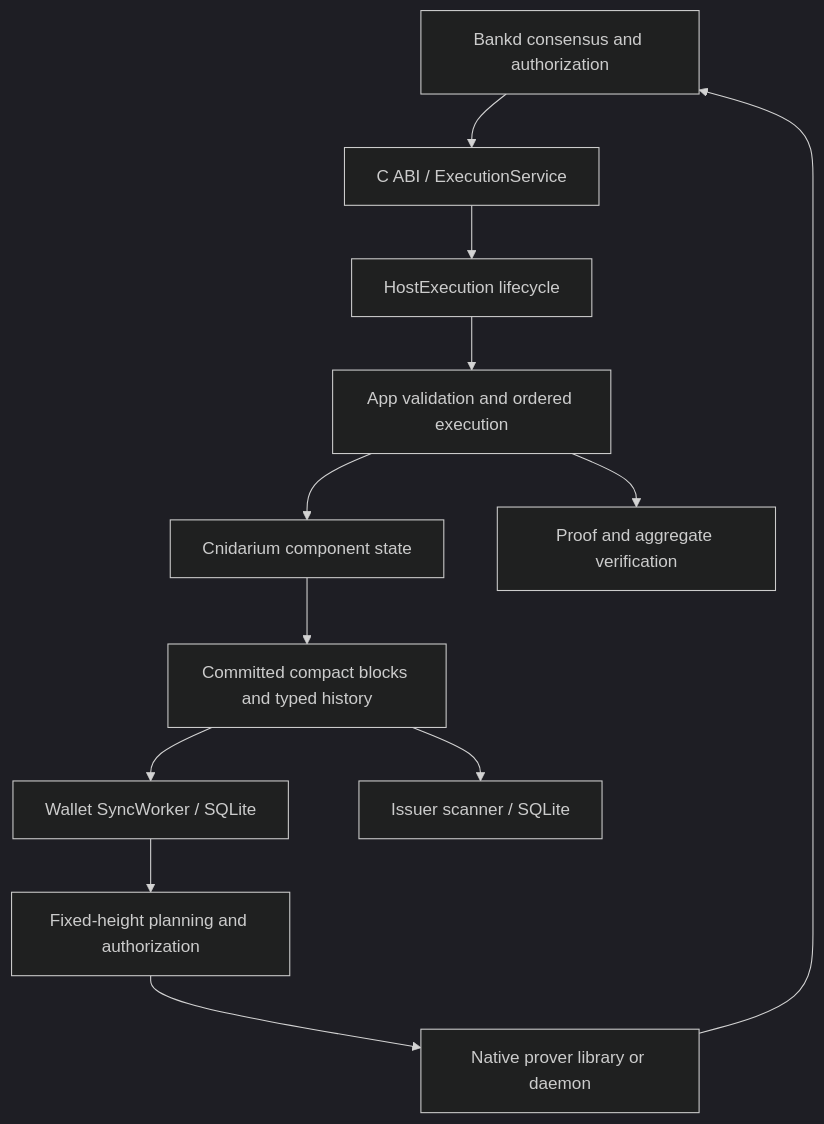
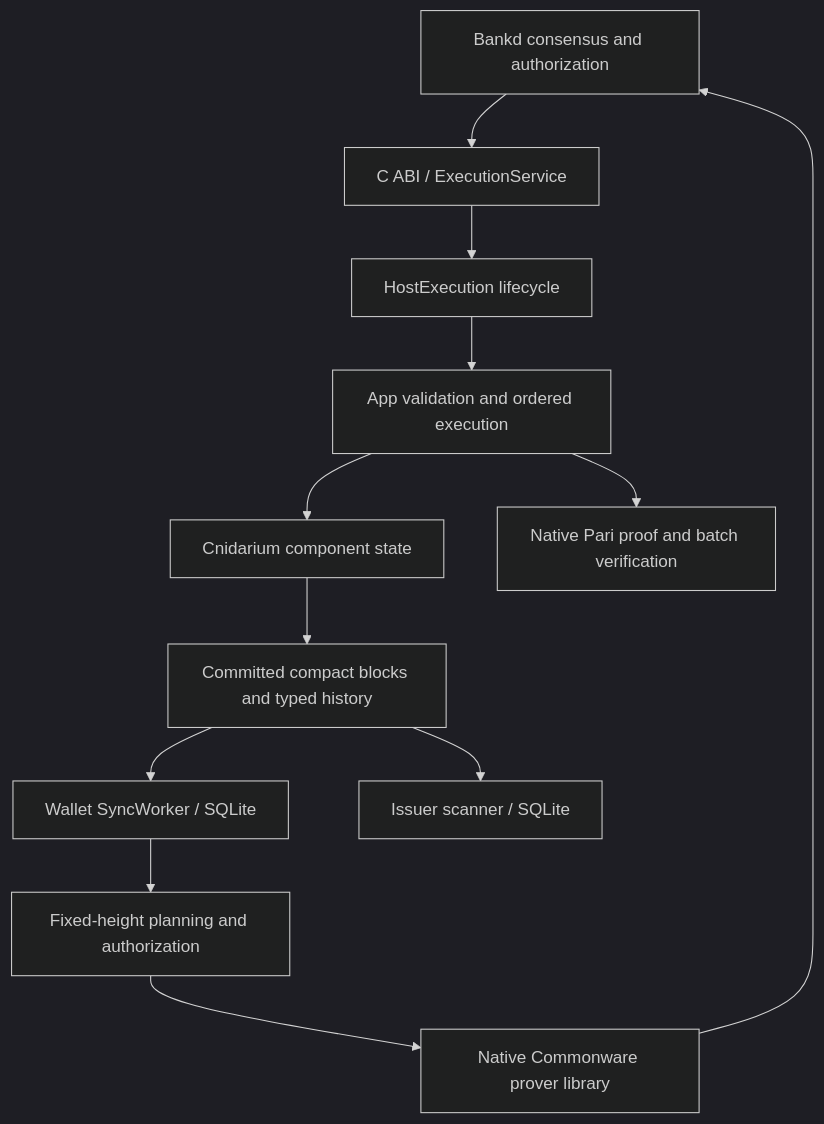
Before and after one commit to mizufinance/shieldd: the diagram in docs/architecture.md, drawn with Mermaid (dark theme). The commit also changed other lines of this file and 1107 other files, not shown here.

First line of the commit message:
Migrate Shieldd to native Pari and Jubjub

````diff
--- a/docs/architecture.md
+++ b/docs/architecture.md
@@ -3,14 +3,14 @@
 ```mermaid
 flowchart TD
     Bankd[Bankd consensus and authorization] --> ABI[C ABI / ExecutionService]
     ABI --> Host[HostExecution lifecycle]
     Host --> App[App validation and ordered execution]
     App --> State[Cnidarium component state]
-    App --> Proofs[Proof and aggregate verification]
+    App --> Proofs[Native Pari proof and batch verification]
     State --> Blocks[Committed compact blocks and typed history]
     Blocks --> Wallet[Wallet SyncWorker / SQLite]
     Blocks --> Scanner[Issuer scanner / SQLite]
     Wallet --> Plan[Fixed-height planning and authorization]
-    Plan --> Prover[Native prover library or daemon]
+    Plan --> Prover[Native Commonware prover library]
     Prover --> Bankd
 ```
````
